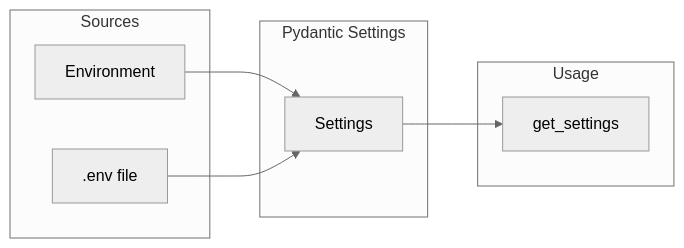
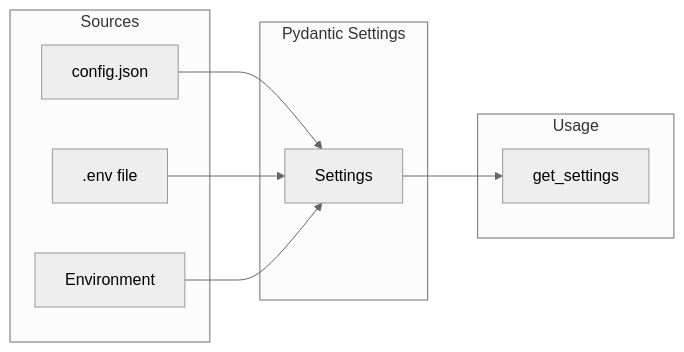
Before and after one commit to StevenGann/Gregory: the diagram in docs/CONFIGURATION.md, drawn with Mermaid (neutral theme). The commit also changed other lines of this file and 15 other files, not shown here.

````diff
--- a/docs/CONFIGURATION.md
+++ b/docs/CONFIGURATION.md
@@ -16,19 +38,21 @@
 ```mermaid
 flowchart LR
     subgraph sources [Sources]
+        json[config.json]
+        dotenv[.env file]
         env[Environment]
-        dotenv[.env file]
     end
 
     subgraph pydantic [Pydantic Settings]
         settings[Settings]
     end
 
     subgraph usage [Usage]
         config[get_settings]
     end
 
+    json --> settings
+    dotenv --> settings
     env --> settings
-    dotenv --> settings
     settings --> config
 ```
````
